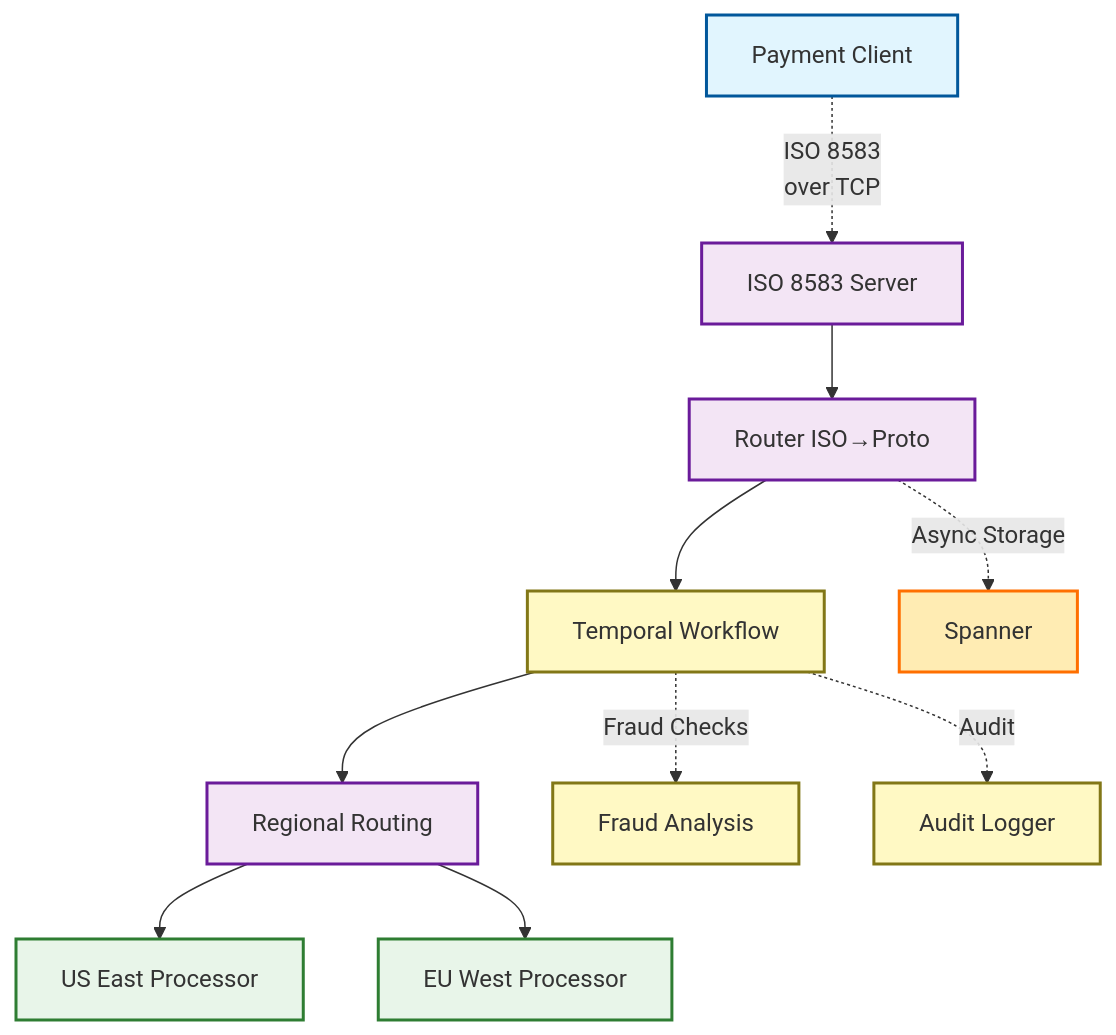
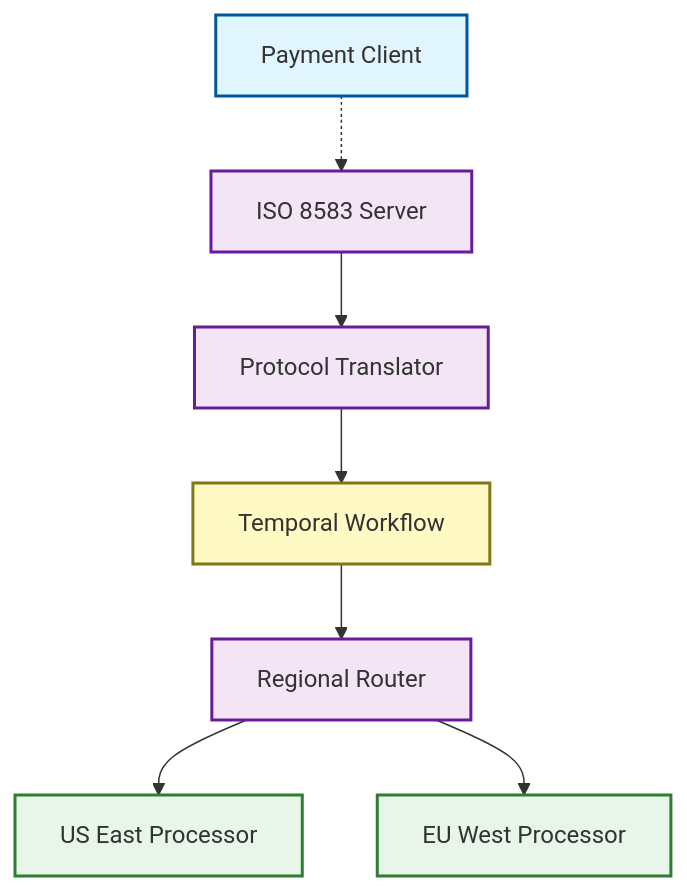
Before and after one commit to TFMV/pulse: the first of 3 diagrams in art/article.md, drawn with Mermaid. The commit also changed other lines of this file, not shown here.

````diff
--- a/art/article.md
+++ b/art/article.md
@@ -23,26 +56,19 @@
 ```mermaid
 graph TD
     classDef external fill:#e1f5fe,stroke:#01579b,stroke-width:2px
     classDef internal fill:#f3e5f5,stroke:#6a1b9a,stroke-width:2px
+    classDef workflow fill:#fff9c4,stroke:#827717,stroke-width:2px
     classDef processor fill:#e8f5e9,stroke:#2e7d32,stroke-width:2px
-    classDef storage fill:#ffecb3,stroke:#ff6f00,stroke-width:2px
-    classDef workflow fill:#fff9c4,stroke:#827717,stroke-width:2px
-    
-    A1[Payment Client] -.ISO 8583<br>over TCP.-> A2
-    A2[ISO 8583 Server] --> A3
-    A3[Router ISO→Proto] --> A8
-    A8[Temporal Workflow] --> A4
-    A4[Regional Routing] --> A5
-    A4 --> A6
-    A5[US East Processor]
-    A6[EU West Processor]
-    A8 -.->|Fraud Checks| A9[Fraud Analysis]
-    A8 -.->|Audit| A10[Audit Logger]
-    A3 -.->|Async Storage| A7[Spanner]
-    
+
+    A1[Payment Client] -.-> A2[ISO 8583 Server]
+    A2 --> A3[Protocol Translator]
+    A3 --> A8[Temporal Workflow]
+    A8 --> A4[Regional Router]
+    A4 --> A5[US East Processor]
+    A4 --> A6[EU West Processor]
+
     class A1 external
     class A2,A3,A4 internal
     class A5,A6 processor
-    class A7 storage
-    class A8,A9,A10 workflow
+    class A8 workflow
 ```
````
